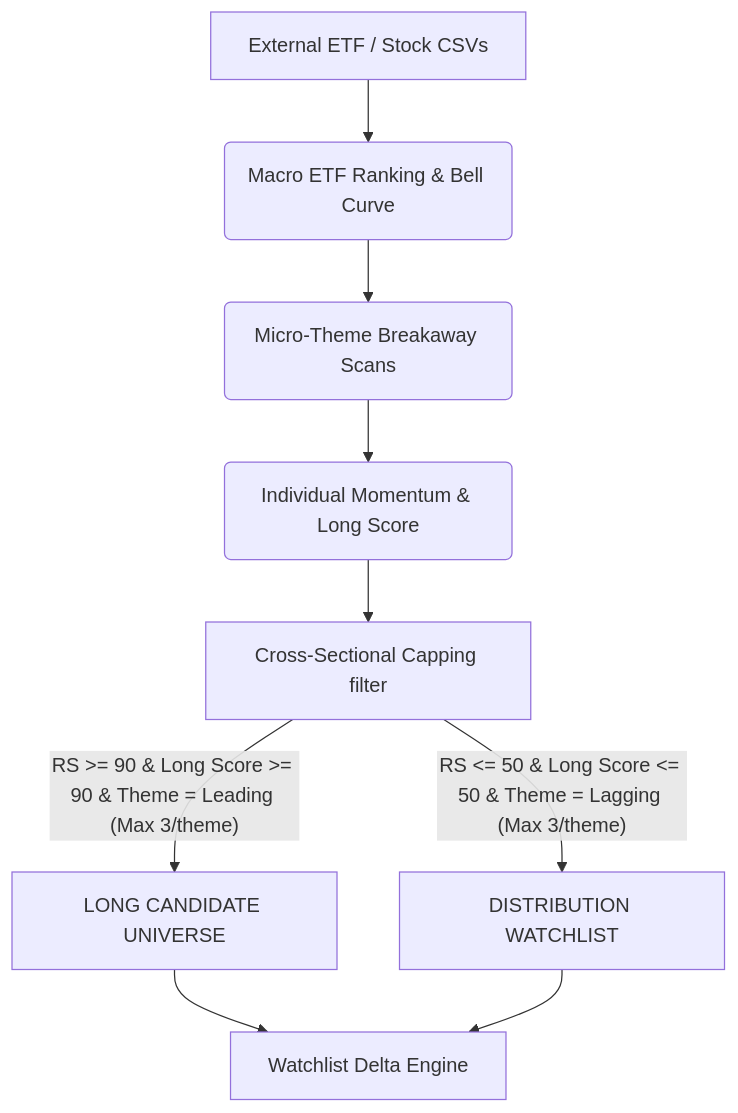
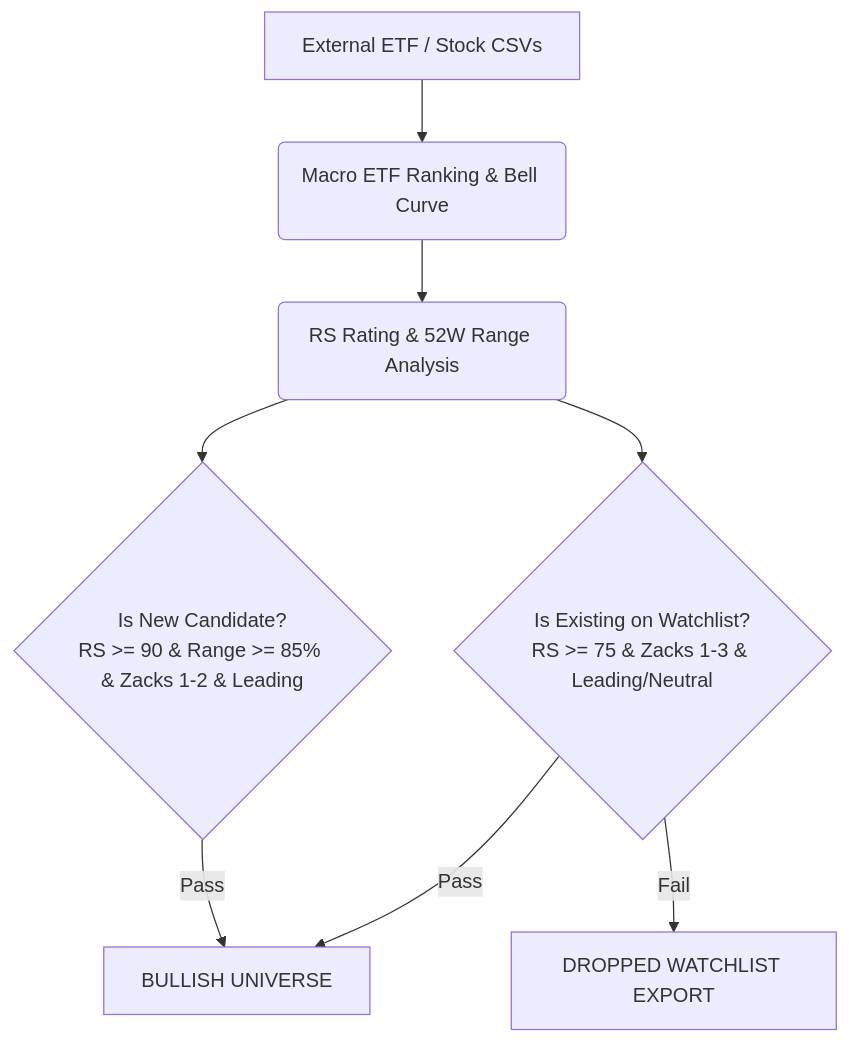
Before and after one commit to parimalrane/TABELA: the diagram in docs/STOCK_LIFECYCLE.md, drawn with Mermaid. The commit also changed other lines of this file and 17 other files, not shown here.

````diff
--- a/docs/STOCK_LIFECYCLE.md
+++ b/docs/STOCK_LIFECYCLE.md
@@ -7,18 +9,17 @@
 ```mermaid
 graph TD
     %% Base Data
     Universe[External ETF / Stock CSVs] --> macro_score(Macro ETF Ranking & Bell Curve)
-    macro_score --> micro_breakaway(Micro-Theme Breakaway Scans)
-    micro_breakaway --> stock_score(Individual Momentum & Long Score)
+    macro_score --> stock_score(RS Rating & 52W Range Analysis)
     
     %% Engine Evaluation
-    stock_score --> cross_section[Cross-Sectional Capping filter]
+    stock_score --> get_in{"Is New Candidate?<br/>RS >= 90 & Range >= 85% & Zacks 1-2 & Leading"}
+    stock_score --> stay_in{"Is Existing on Watchlist?<br/>RS >= 75 & Zacks 1-3 & Leading/Neutral"}
     
     %% Output
-    cross_section -- "RS >= 90 & Long Score >= 90 & Theme = Leading (Max 3/theme)" --> State_Long[LONG CANDIDATE UNIVERSE]
-    cross_section -- "RS <= 50 & Long Score <= 50 & Theme = Lagging (Max 3/theme)" --> State_Dist[DISTRIBUTION WATCHLIST]
+    get_in -- Pass --> State_Long[BULLISH UNIVERSE]
+    stay_in -- Pass --> State_Long
     
-    %% Memory
-    State_Long --> Delta[Watchlist Delta Engine]
-    State_Dist --> Delta
+    %% Exit
+    stay_in -- Fail --> State_Dropped[DROPPED WATCHLIST EXPORT]
 ```
````
